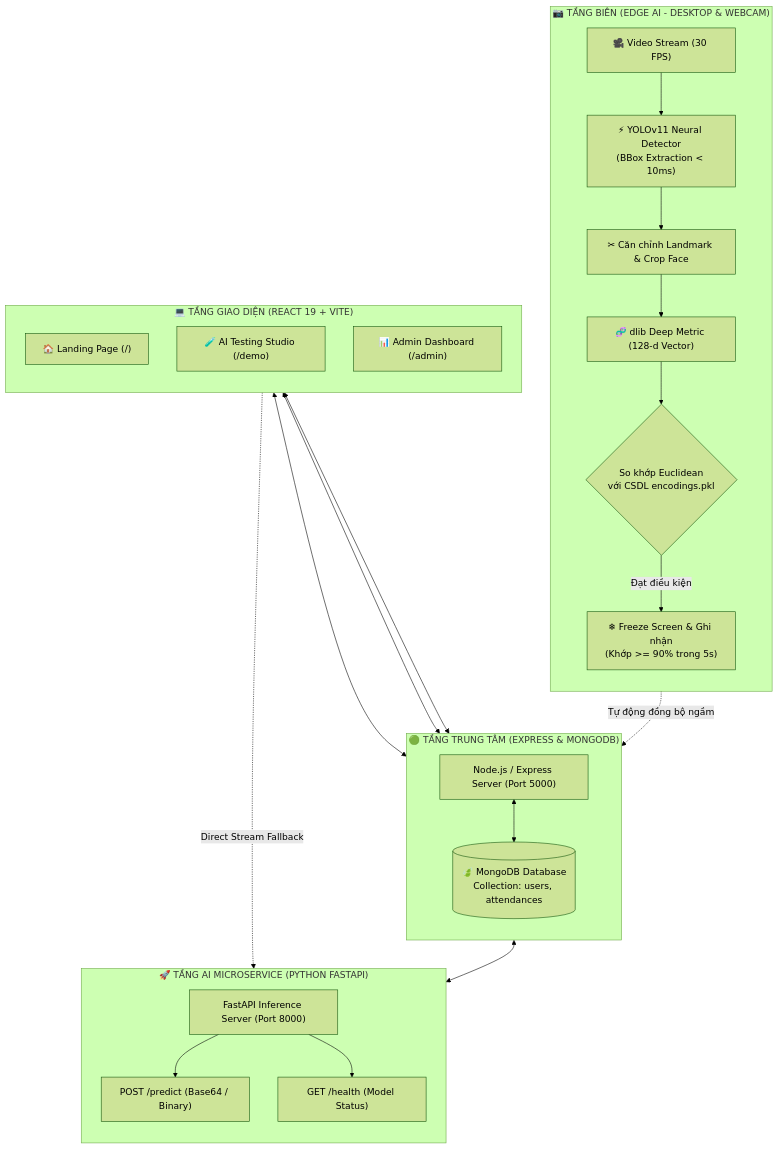
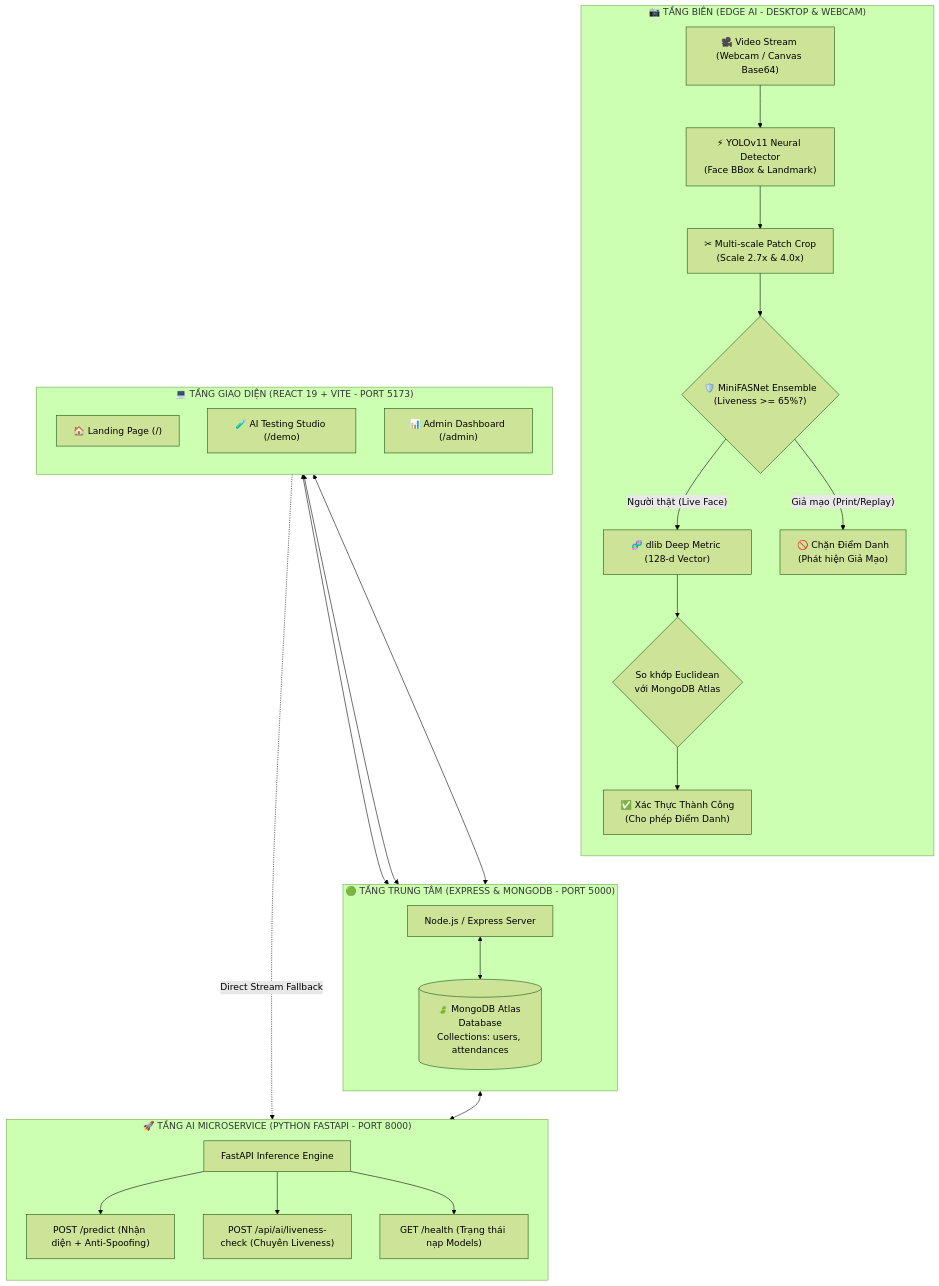
One commit to Dunglele/Face-Detect-MERN-Stack changed the diagram in README.md. Above: the diagram before and after it, drawn with Mermaid (forest theme). The commit also changed other lines of this file and 7 other files, not shown here.

````diff
--- a/README.md
+++ b/README.md
@@ -63,42 +66,44 @@
 ```mermaid
 graph TB
     subgraph EDGE_LAYER ["📷 TẦNG BIÊN (EDGE AI - DESKTOP & WEBCAM)"]
         direction TB
-        CAM["🎥 Video Stream (30 FPS)"]
-        YOLO["⚡ YOLOv11 Neural Detector\n(BBox Extraction < 10ms)"]
-        ALIGN["✂ Căn chỉnh Landmark & Crop Face"]
+        CAM["🎥 Video Stream (Webcam / Canvas Base64)"]
+        YOLO["⚡ YOLOv11 Neural Detector\n(Face BBox & Landmark)"]
+        CROP["✂ Multi-scale Patch Crop\n(Scale 2.7x & 4.0x)"]
+        LIVENESS{"🛡️ MiniFASNet Ensemble\n(Liveness >= 65%?)"}
         DLIB["🧬 dlib Deep Metric (128-d Vector)"]
-        COMPARE{"So khớp Euclidean\nvới CSDL encodings.pkl"}
-        FREEZE["❄ Freeze Screen & Ghi nhận\n(Khớp >= 90% trong 5s)"]
+        COMPARE{"So khớp Euclidean\nvới MongoDB Atlas"}
+        DECISION["✅ Xác Thực Thành Công\n(Cho phép Điểm Danh)"]
+        BLOCK["🚫 Chặn Điểm Danh\n(Phát hiện Giả Mạo)"]
         
-        CAM --> YOLO --> ALIGN --> DLIB --> COMPARE
-        COMPARE -- "Đạt điều kiện" --> FREEZE
+        CAM --> YOLO --> CROP --> LIVENESS
+        LIVENESS -- "Người thật (Live Face)" --> DLIB --> COMPARE --> DECISION
+        LIVENESS -- "Giả mạo (Print/Replay)" --> BLOCK
     end
 
-    subgraph API_LAYER ["🚀 TẦNG AI MICROSERVICE (PYTHON FASTAPI)"]
+    subgraph API_LAYER ["🚀 TẦNG AI MICROSERVICE (PYTHON FASTAPI - PORT 8000)"]
         direction TB
-        FASTAPI["FastAPI Inference Server (Port 8000)"]
-        FASTAPI --> ROUTE_PRED["POST /predict (Base64 / Binary)"]
-        FASTAPI --> ROUTE_STAT["GET /health (Model Status)"]
+        FASTAPI["FastAPI Inference Engine"]
+        FASTAPI --> ROUTE_PRED["POST /predict (Nhận diện + Anti-Spoofing)"]
+        FASTAPI --> ROUTE_LIVE["POST /api/ai/liveness-check (Chuyên Liveness)"]
+        FASTAPI --> ROUTE_STAT["GET /health (Trạng thái nạp Models)"]
     end
 
-    subgraph BACKEND_LAYER ["🟢 TẦNG TRUNG TÂM (EXPRESS & MONGODB)"]
+    subgraph BACKEND_LAYER ["🟢 TẦNG TRUNG TÂM (EXPRESS & MONGODB - PORT 5000)"]
         direction TB
-        EXPRESS["Node.js / Express Server (Port 5000)"]
-        MONGO[("🍃 MongoDB Database\nCollection: users, attendances")]
+        EXPRESS["Node.js / Express Server"]
+        MONGO[("🍃 MongoDB Atlas Database\nCollections: users, attendances")]
         EXPRESS <--> MONGO
         EXPRESS <--> FASTAPI
     end
 
-    subgraph CLIENT_LAYER ["💻 TẦNG GIAO DIỆN (REACT 19 + VITE)"]
+    subgraph CLIENT_LAYER ["💻 TẦNG GIAO DIỆN (REACT 19 + VITE - PORT 5173)"]
         direction TB
         LANDING["🏠 Landing Page (/)"]
         STUDIO["🧪 AI Testing Studio (/demo)"]
         ADMIN["📊 Admin Dashboard (/admin)"]
         
         LANDING & STUDIO & ADMIN <--> EXPRESS
         STUDIO -. "Direct Stream Fallback" .-> FASTAPI
     end
-
-    FREEZE -. "Tự động đồng bộ ngầm" .-> EXPRESS
 ```
````
